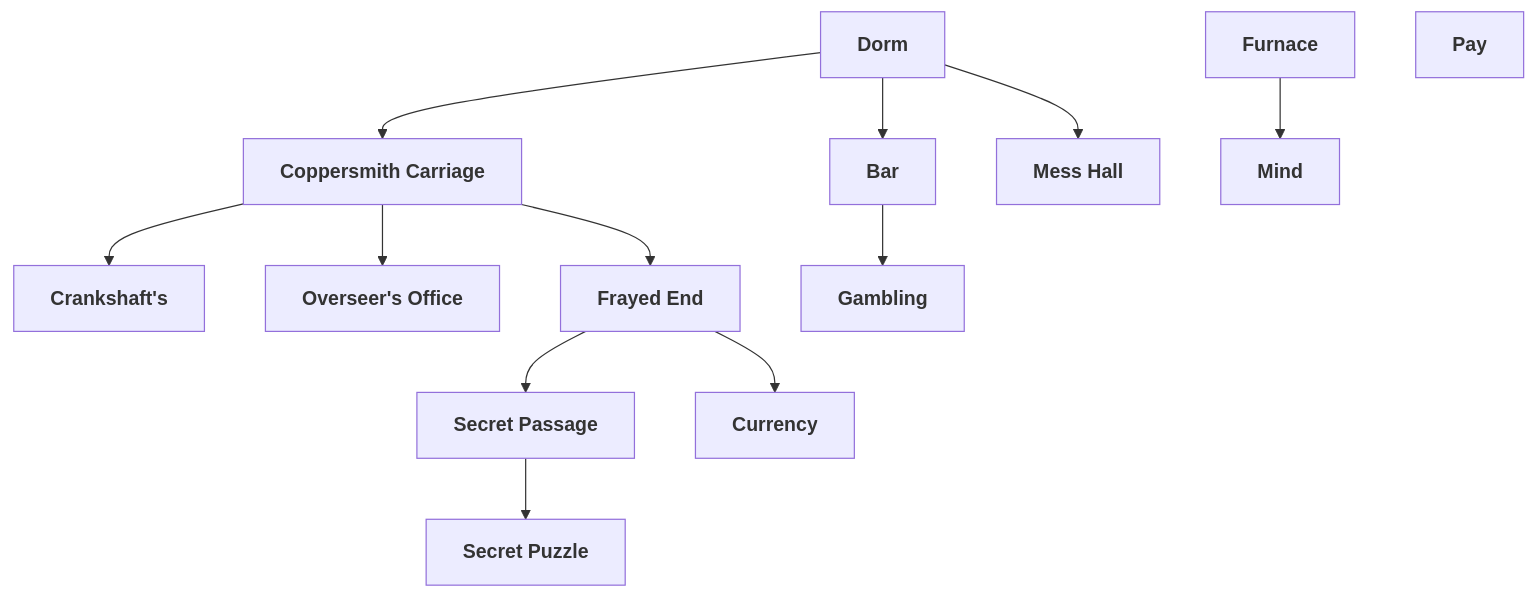
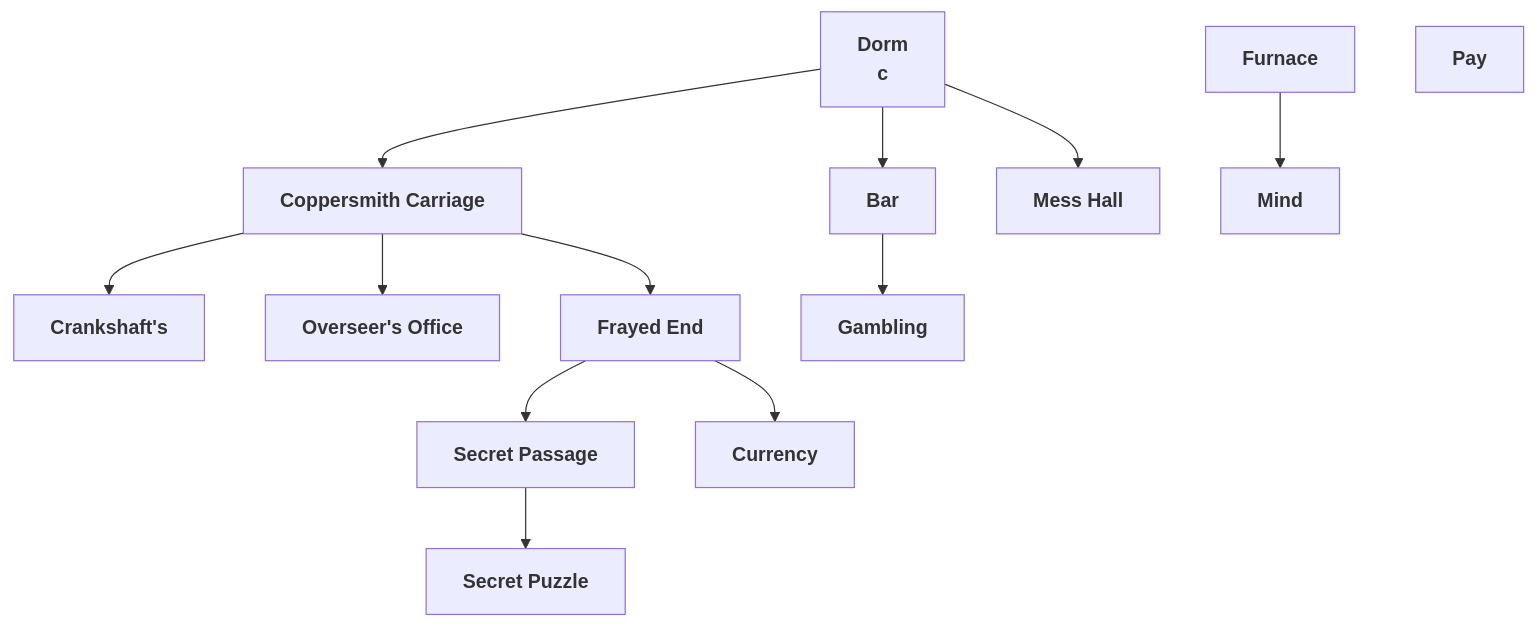
The diagram in .claude/plans/2/2.1-scene-network.mmd (noahval/GoA), drawn with Mermaid before and after one commit.

Commit message:
adj mmd to hace c

```diff
--- a/.claude/plans/2/2.1-scene-network.mmd
+++ b/.claude/plans/2/2.1-scene-network.mmd
@@ -1,8 +1,8 @@
 flowchart TB
-    dorm["<b>Dorm</b>"] --> bar["<b>Bar</b>"] & carriage["<b>Coppersmith Carriage</b>"] & mess["<b>Mess Hall</b>"]
+    dorm["<b>Dorm<br>c</b>"] --> bar["<b>Bar</b>"] & carriage["<b>Coppersmith Carriage</b>"] & mess["<b>Mess Hall</b>"]
     furnace["<b>Furnace</b>"] --> mind["<b>Mind</b>"]
     carriage --> shop@{ label: "<b>Crankshaft's</b>" } & office@{ label: "<b>Overseer's Office</b>" } & n3["<b>Frayed End</b>"]
     secret["<b>Secret Passage</b>"] --> puzzle["<b>Secret Puzzle</b>"]
     n3 --> n4["<b>Currency</b>"] & secret
     bar --> n2["<b>Gambling</b>"]
     n5["<b>Pay</b>"]
```
